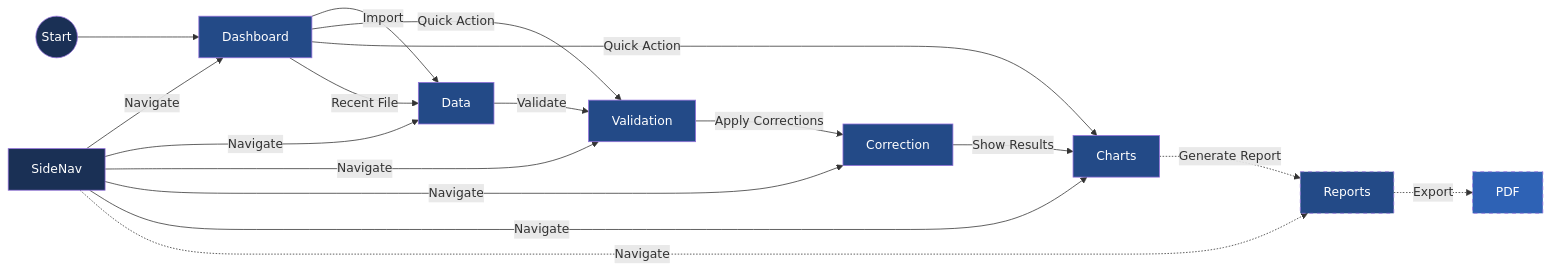
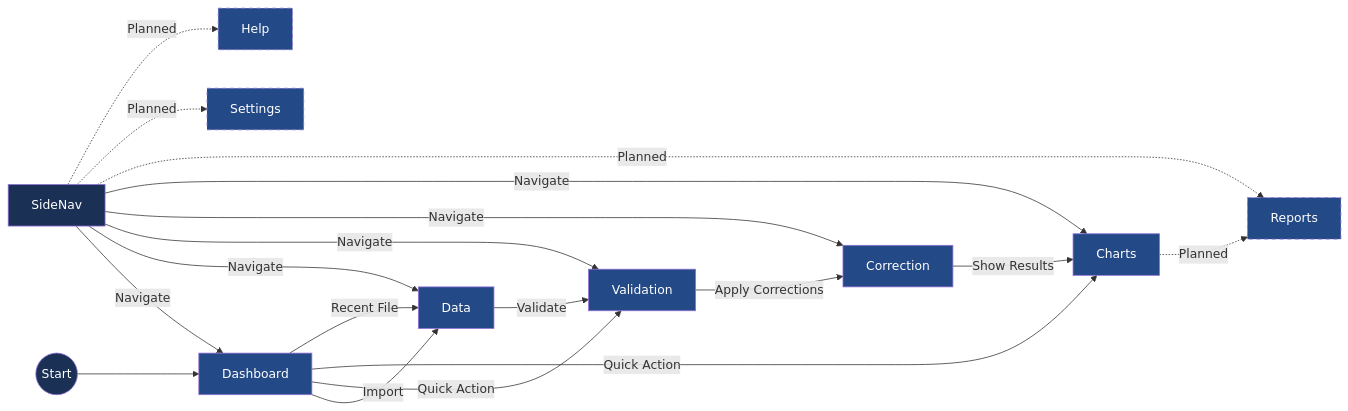
The second of 2 diagrams in memory-bank/activeContext.md (LinkesAuge/ChestBuddy), drawn with Mermaid before and after one commit. The commit also changed other lines of this file and 6 other files, not shown here.

````diff
--- a/memory-bank/activeContext.md
+++ b/memory-bank/activeContext.md
@@ -272,29 +45,31 @@
 ```mermaid
 graph LR
     Start((Start)) --> Dashboard
     Dashboard -->|Import| Data
     Dashboard -->|Quick Action| Validation
     Dashboard -->|Quick Action| Charts
     Dashboard -->|Recent File| Data
     SideNav -->|Navigate| Dashboard
     SideNav -->|Navigate| Data
     SideNav -->|Navigate| Validation
     SideNav -->|Navigate| Correction
     SideNav -->|Navigate| Charts
-    SideNav -.Navigate.-> Reports
+    SideNav -.Planned.-> Reports
+    SideNav -.Planned.-> Settings
+    SideNav -.Planned.-> Help
     Data -->|Validate| Validation
     Validation -->|Apply Corrections| Correction
     Correction -->|Show Results| Charts
-    Charts -.Generate Report.-> Reports
-    Reports -.Export.-> PDF
+    Charts -.Planned.-> Reports
     
     style Start fill:#1a3055,color:#fff
     style Dashboard fill:#234a87,color:#fff
     style Data fill:#234a87,color:#fff
     style Validation fill:#234a87,color:#fff
     style Correction fill:#234a87,color:#fff
     style Charts fill:#234a87,color:#fff
     style SideNav fill:#1a3055,color:#fff
     style Reports fill:#234a87,color:#fff,stroke-dasharray: 5 5
-    style PDF fill:#2e62b5,color:#fff,stroke-dasharray: 5 5
+    style Settings fill:#234a87,color:#fff,stroke-dasharray: 5 5
+    style Help fill:#234a87,color:#fff,stroke-dasharray: 5 5
 ```
````
